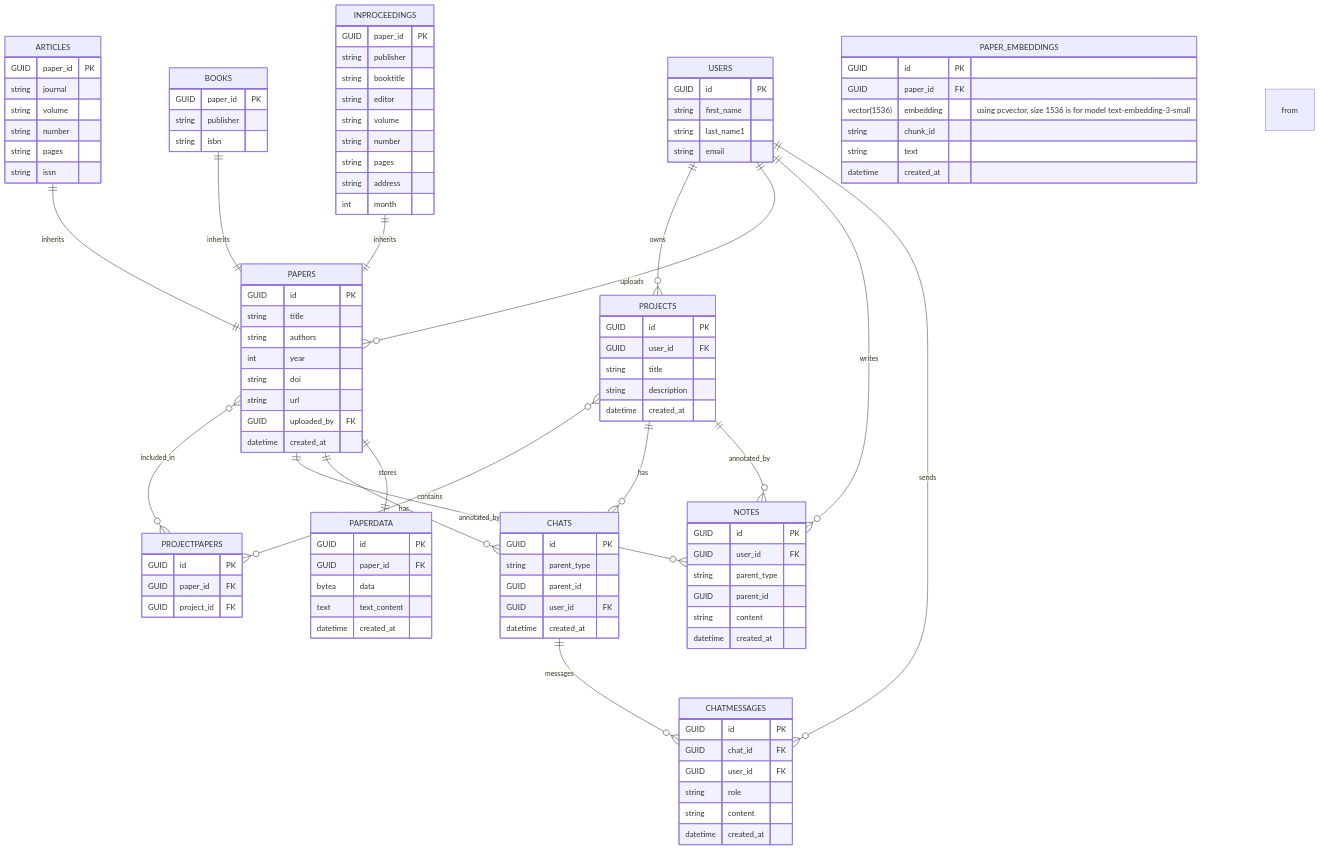
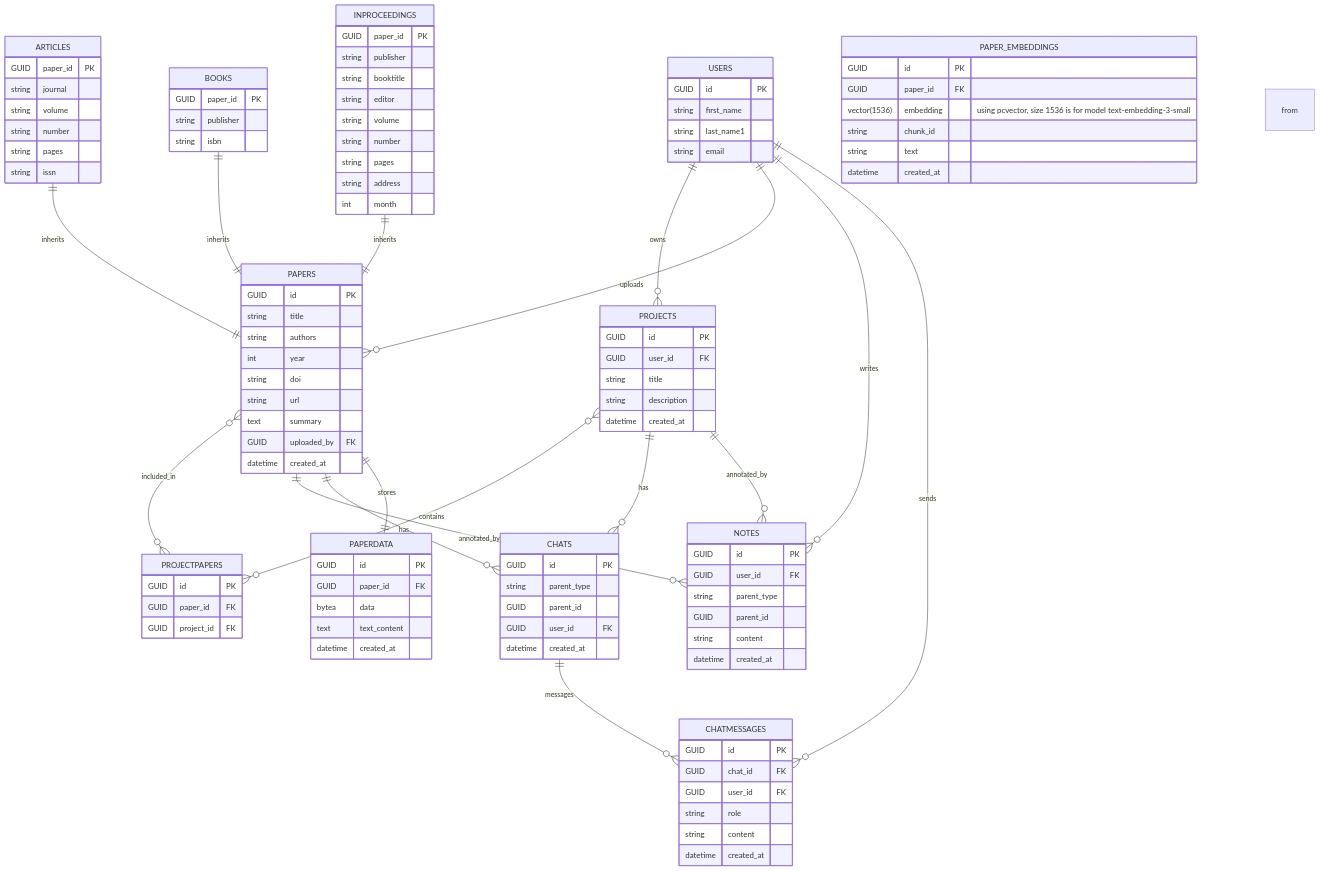
The diagram in docs/database/database-design.md (hustlernils/paper-buddy), drawn with Mermaid before and after one commit. The commit also changed 1 other file, not shown here.

Commit message:
add summary field to papers table

```diff
--- a/docs/database/database-design.md
+++ b/docs/database/database-design.md
@@ -20,6 +20,7 @@
         int year
         string doi
         string url
+        text summary
         GUID uploaded_by FK
         datetime created_at
     }
```
